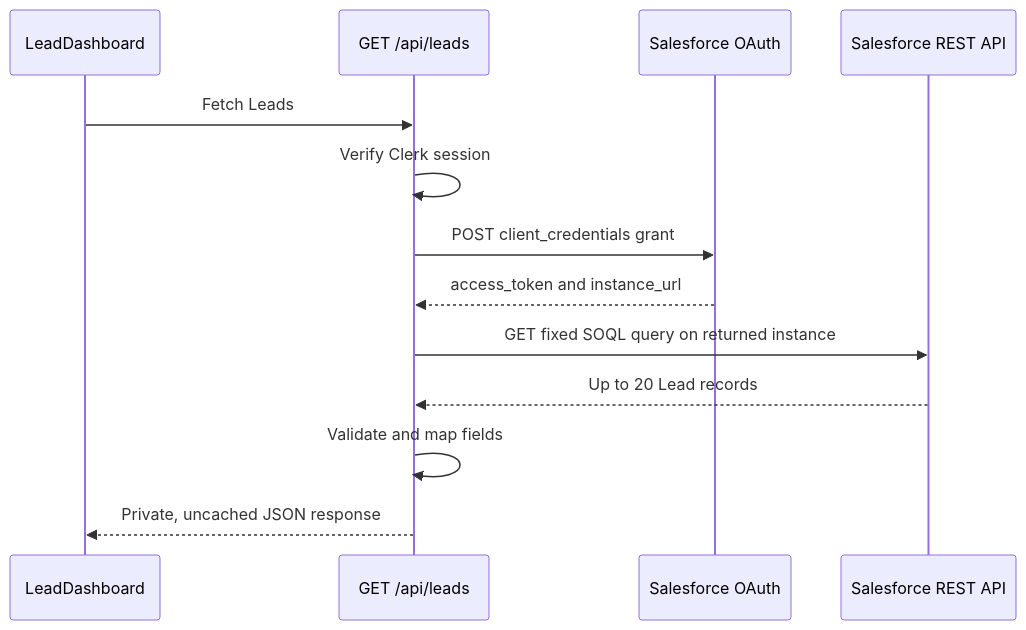
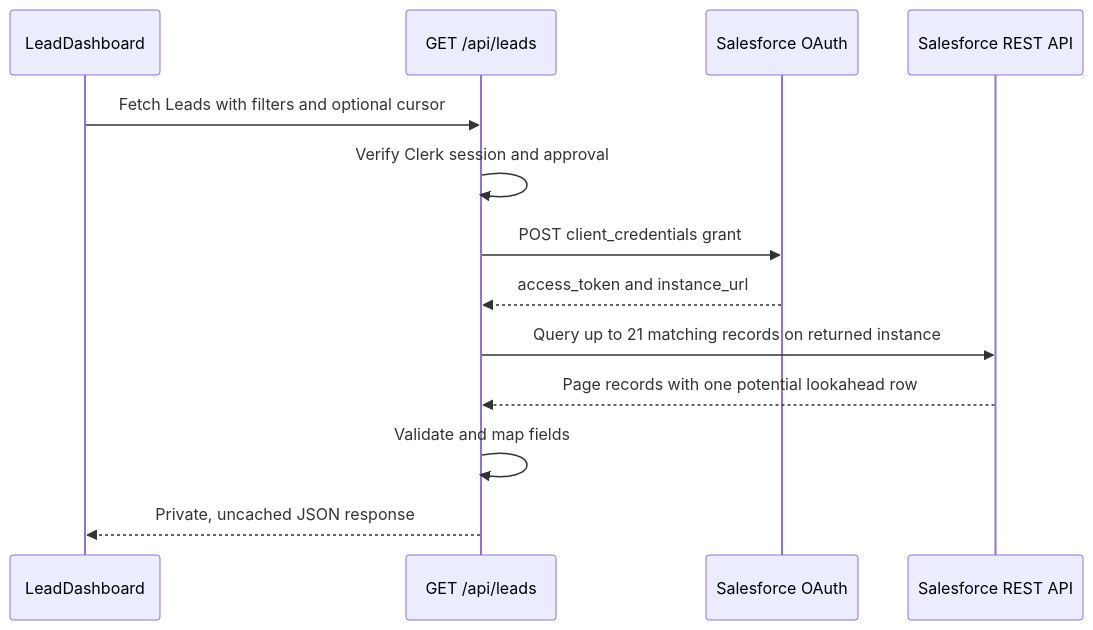
The fourth of 6 diagrams in docs/PROJECT_GUIDE.md (pua-jeanne/salesforce-lead-hub), drawn with Mermaid before and after one commit. The commit also changed other lines of this file, not shown here.

````diff
--- a/docs/PROJECT_GUIDE.md
+++ b/docs/PROJECT_GUIDE.md
@@ -136,15 +138,15 @@
 ```mermaid
 sequenceDiagram
     participant UI as LeadDashboard
     participant API as GET /api/leads
     participant OAuth as Salesforce OAuth
     participant SF as Salesforce REST API
-    UI->>API: Fetch Leads
-    API->>API: Verify Clerk session
+    UI->>API: Fetch Leads with filters and optional cursor
+    API->>API: Verify Clerk session and approval
     API->>OAuth: POST client_credentials grant
     OAuth-->>API: access_token and instance_url
-    API->>SF: GET fixed SOQL query on returned instance
-    SF-->>API: Up to 20 Lead records
+    API->>SF: Query up to 21 matching records on returned instance
+    SF-->>API: Page records with one potential lookahead row
     API->>API: Validate and map fields
     API-->>UI: Private, uncached JSON response
 ```
````
